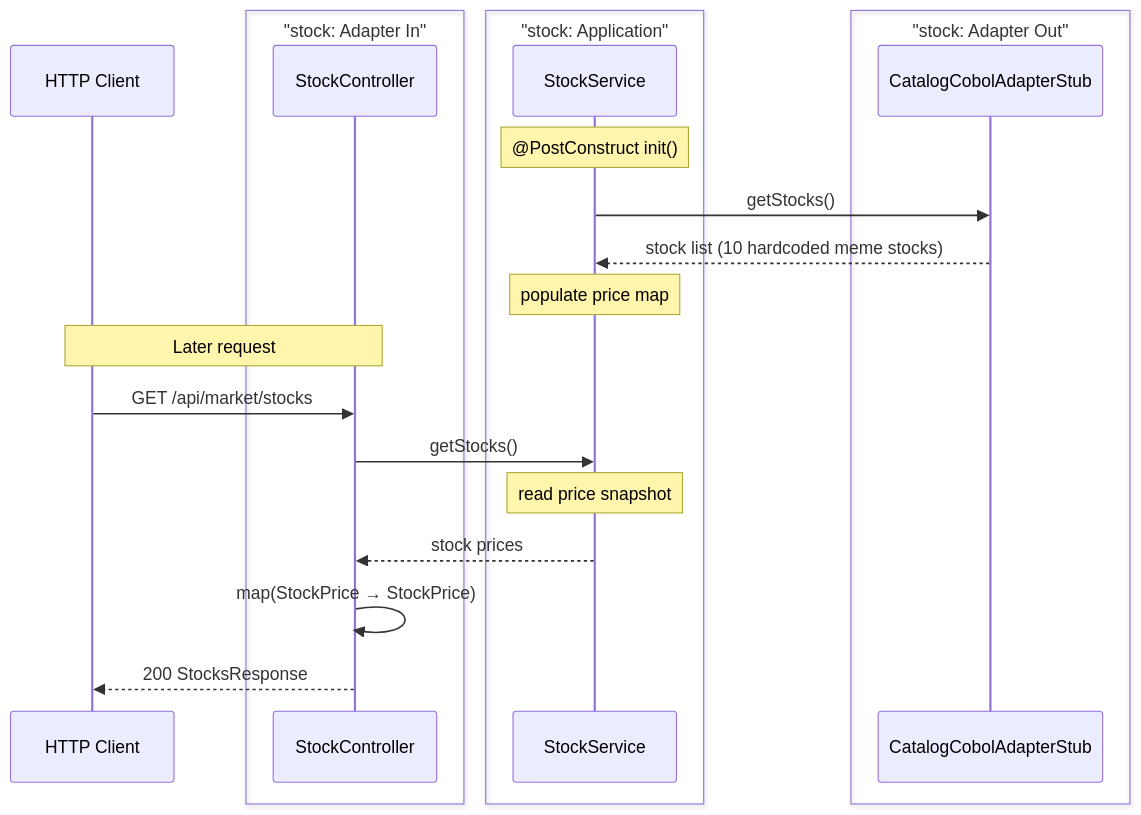
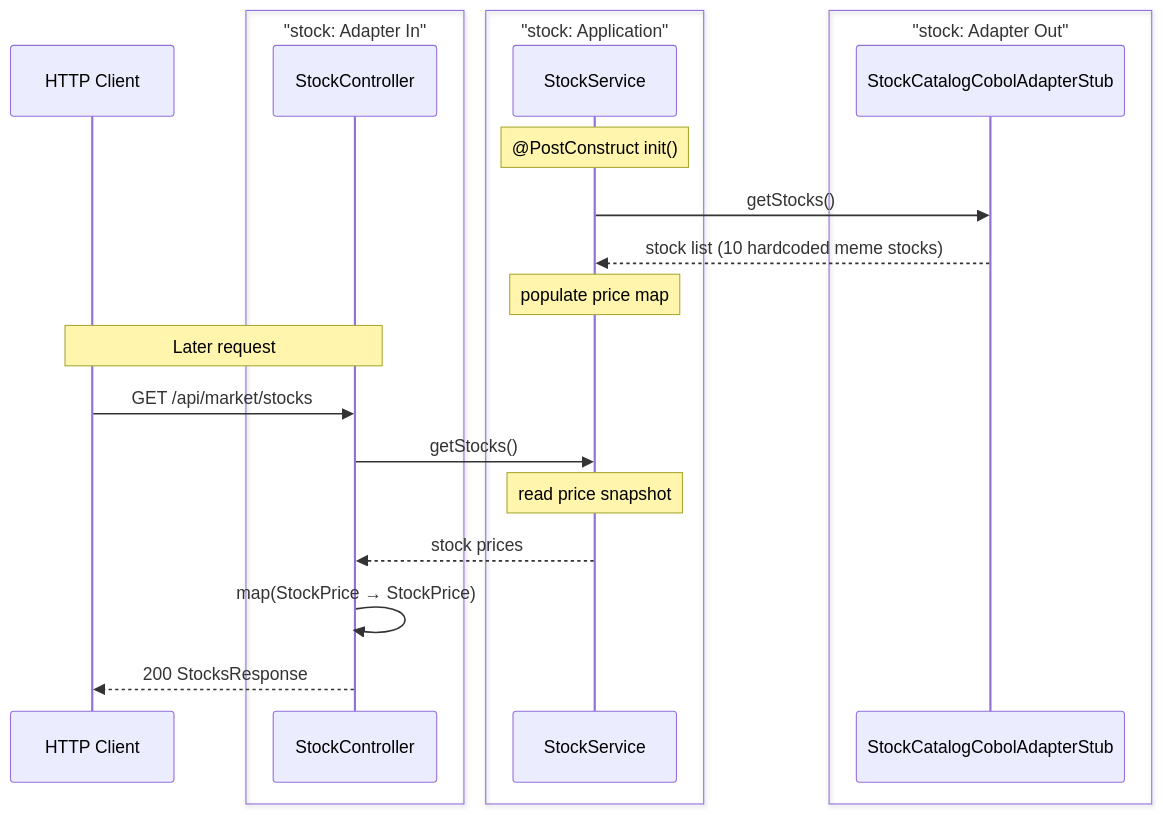
One commit to franBec/stonks-simulator changed the fifth of 11 diagrams in stonks_java/README.md. Above: the diagram before and after it, drawn with Mermaid. The commit also changed other lines of this file, not shown here.

First line of the commit message:
Update README module architecture diagram and end-to-end flow documentation

````diff
--- a/stonks_java/README.md
+++ b/stonks_java/README.md
@@ -204,26 +245,26 @@
 ```mermaid
 sequenceDiagram
     participant Client as HTTP Client
     box "stock: Adapter In"
     participant SC as StockController
     end
     box "stock: Application"
     participant SS as StockService
     end
     box "stock: Adapter Out"
-    participant CPS as CatalogCobolAdapterStub
+    participant CPS as StockCatalogCobolAdapterStub
     end
 
     Note over SS: @PostConstruct init()
     SS->>CPS: getStocks()
     CPS-->>SS: stock list (10 hardcoded meme stocks)
     Note over SS: populate price map
 
     Note over Client,SC: Later request
     Client->>SC: GET /api/market/stocks
     SC->>SS: getStocks()
     Note over SS: read price snapshot
     SS-->>SC: stock prices
     SC->>SC: map(StockPrice → StockPrice)
     SC-->>Client: 200 StocksResponse
 ```
````
